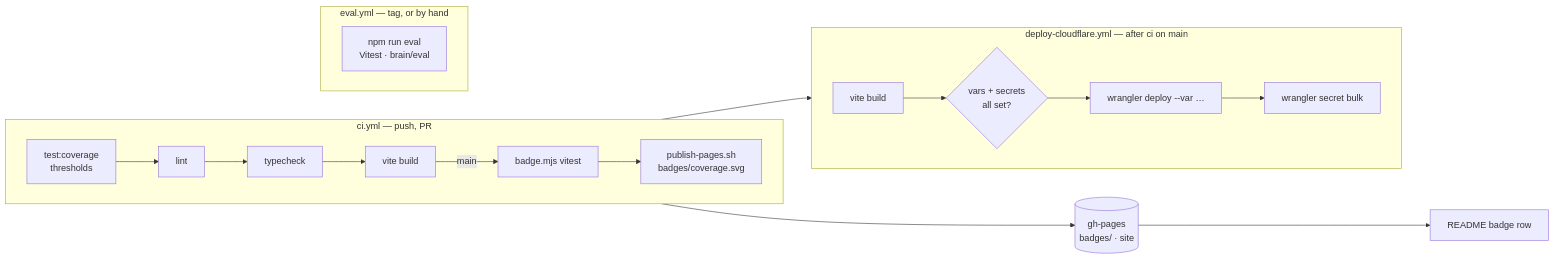
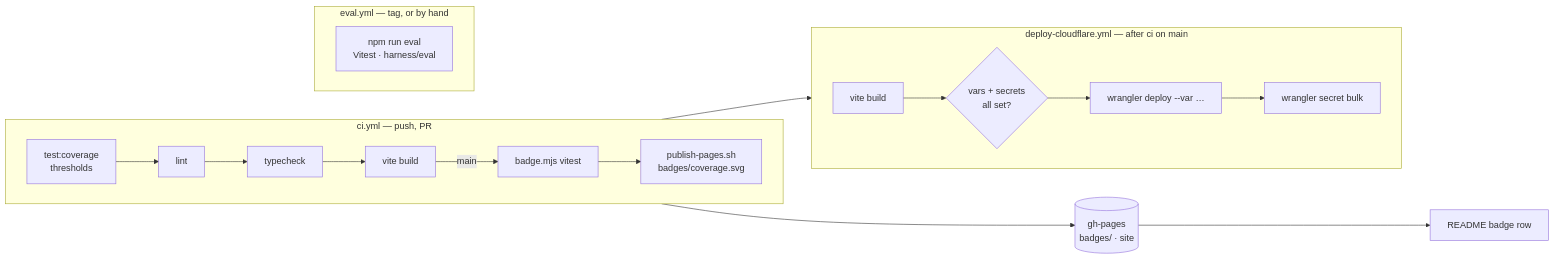
One commit to shotah/gantree2 changed the tenth of 11 diagrams in docs/architecture.md. Above: the diagram before and after it, drawn with Mermaid. The commit also changed other lines of this file and 689 other files, not shown here.

Commit message:
rename brain to harness

````diff
--- a/docs/architecture.md
+++ b/docs/architecture.md
@@ -392,19 +392,19 @@
 ```mermaid
 flowchart LR
   subgraph ci["ci.yml — push, PR"]
     direction LR
     T[test:coverage<br/>thresholds] --> LNT[lint] --> TC[typecheck] --> BLD[vite build]
     BLD -- main --> BADGE[badge.mjs vitest] --> PUB1[publish-pages.sh<br/>badges/coverage.svg]
   end
   subgraph ev["eval.yml — tag, or by hand"]
     direction LR
-    EV["npm run eval<br/>Vitest · brain/eval"]
+    EV["npm run eval<br/>Vitest · harness/eval"]
   end
   subgraph dep["deploy-cloudflare.yml — after ci on main"]
     direction LR
     V[vite build] --> CHK{vars + secrets<br/>all set?} --> WD[wrangler deploy --var …] --> SB[wrangler secret bulk]
   end
   ci --> dep
   PUB1 --> GH[("gh-pages<br/>badges/ · site")]
   GH --> README[README badge row]
 ```
````
